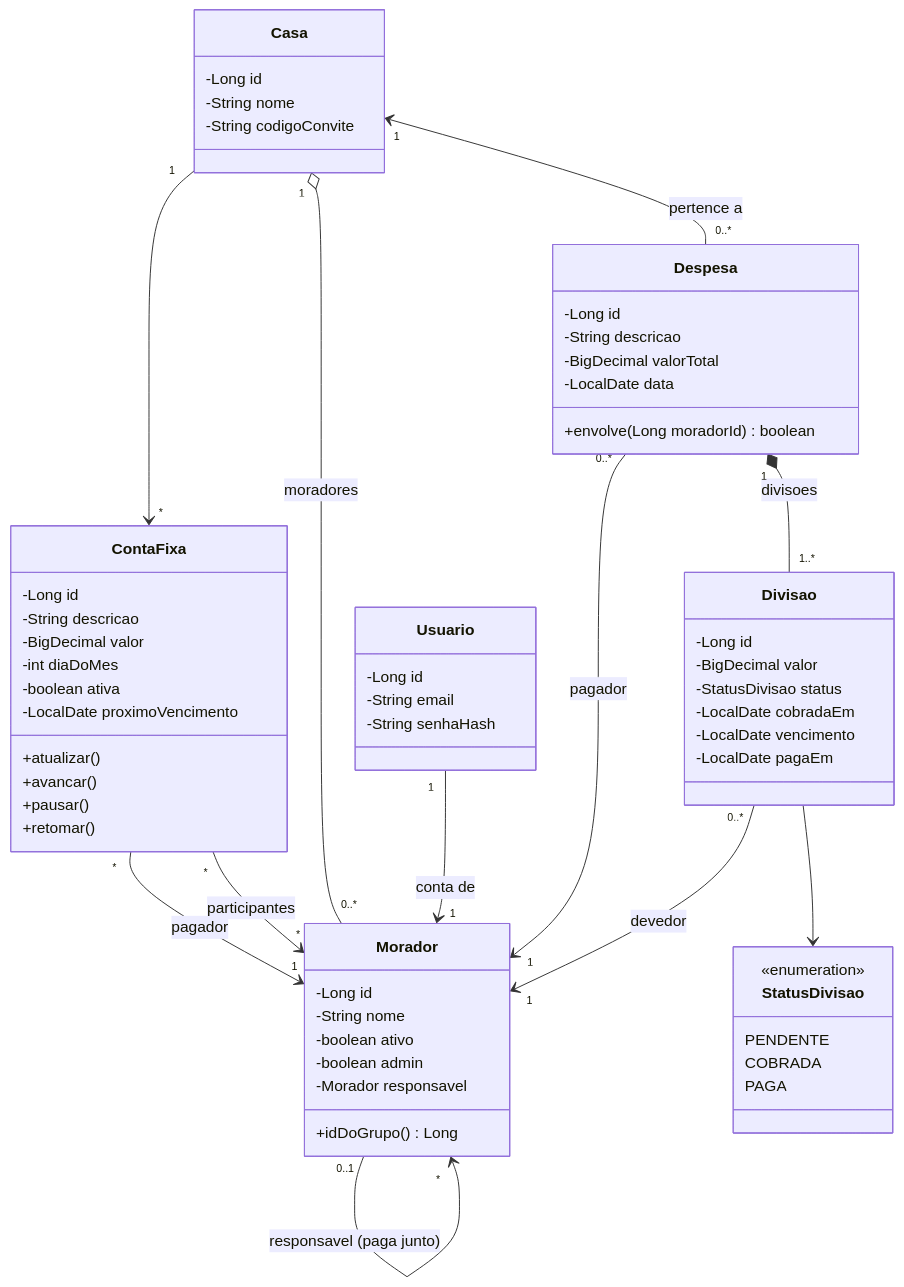
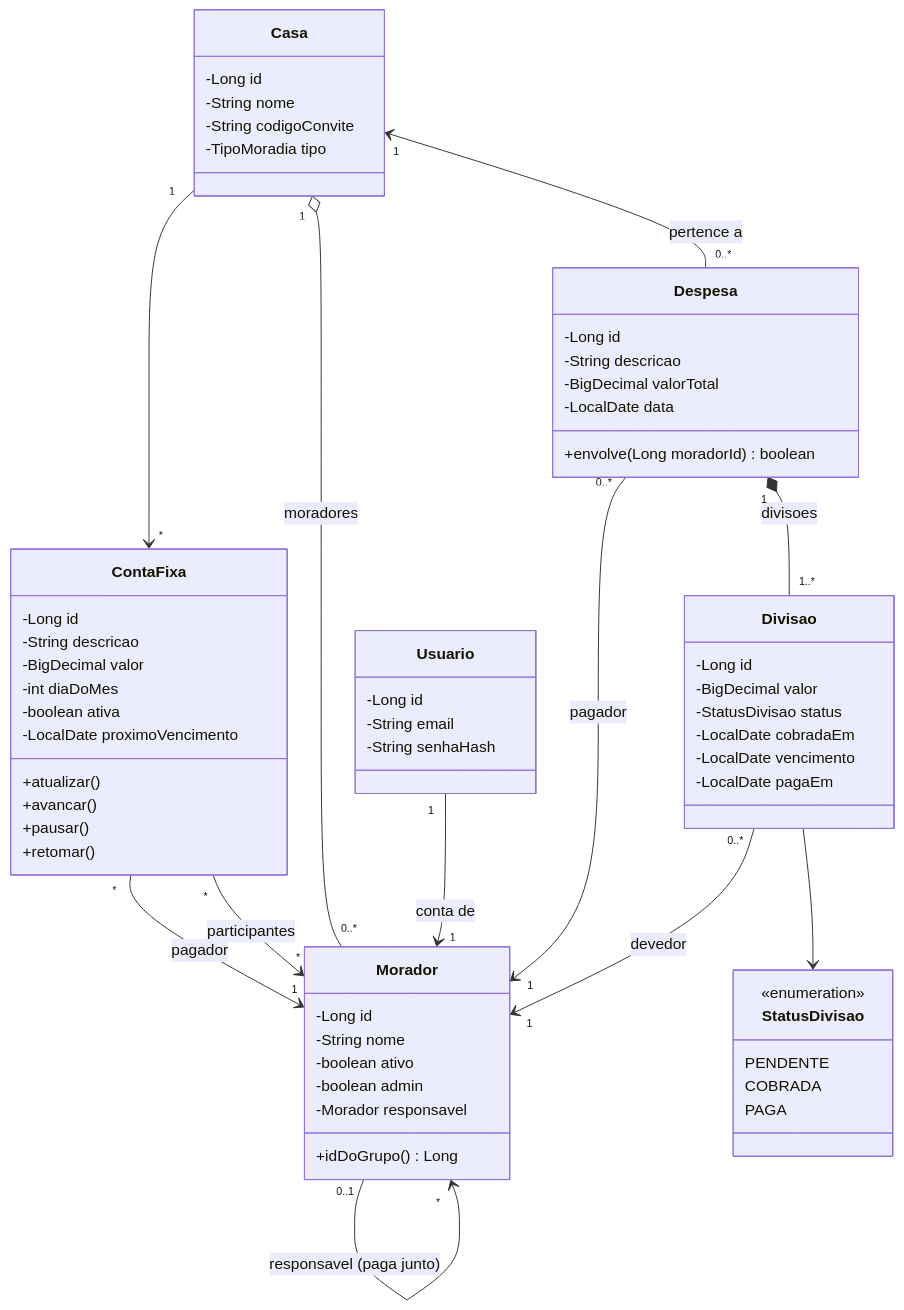
Before and after one commit to nathanmotadev/AdministradorDespesasRepublica: the third of 10 diagrams in docs/UML.md, drawn with Mermaid. The commit also changed 8 other files, not shown here.

````diff
--- a/docs/UML.md
+++ b/docs/UML.md
@@ -122,66 +122,67 @@
 ```mermaid
 classDiagram
     class Casa {
         -Long id
         -String nome
         -String codigoConvite
+        -TipoMoradia tipo
     }
     class Morador {
         -Long id
         -String nome
         -boolean ativo
         -boolean admin
         -Morador responsavel
         +idDoGrupo() Long
     }
     Morador "0..1" --> "*" Morador : responsavel (paga junto)
     class ContaFixa {
         -Long id
         -String descricao
         -BigDecimal valor
         -int diaDoMes
         -boolean ativa
         -LocalDate proximoVencimento
         +atualizar()
         +avancar()
         +pausar()
         +retomar()
     }
     Casa "1" --> "*" ContaFixa
     ContaFixa "*" --> "1" Morador : pagador
     ContaFixa "*" --> "*" Morador : participantes
     class Usuario {
         -Long id
         -String email
         -String senhaHash
     }
     class Despesa {
         -Long id
         -String descricao
         -BigDecimal valorTotal
         -LocalDate data
         +envolve(Long moradorId) boolean
     }
     class Divisao {
         -Long id
         -BigDecimal valor
         -StatusDivisao status
         -LocalDate cobradaEm
         -LocalDate vencimento
         -LocalDate pagaEm
     }
     class StatusDivisao {
         <<enumeration>>
         PENDENTE
         COBRADA
         PAGA
     }
 
     Casa "1" o-- "0..*" Morador : moradores
     Usuario "1" --> "1" Morador : conta de
     Casa "1" <-- "0..*" Despesa : pertence a
     Despesa "0..*" --> "1" Morador : pagador
     Despesa "1" *-- "1..*" Divisao : divisoes
     Divisao "0..*" --> "1" Morador : devedor
     Divisao --> StatusDivisao
 ```
````
